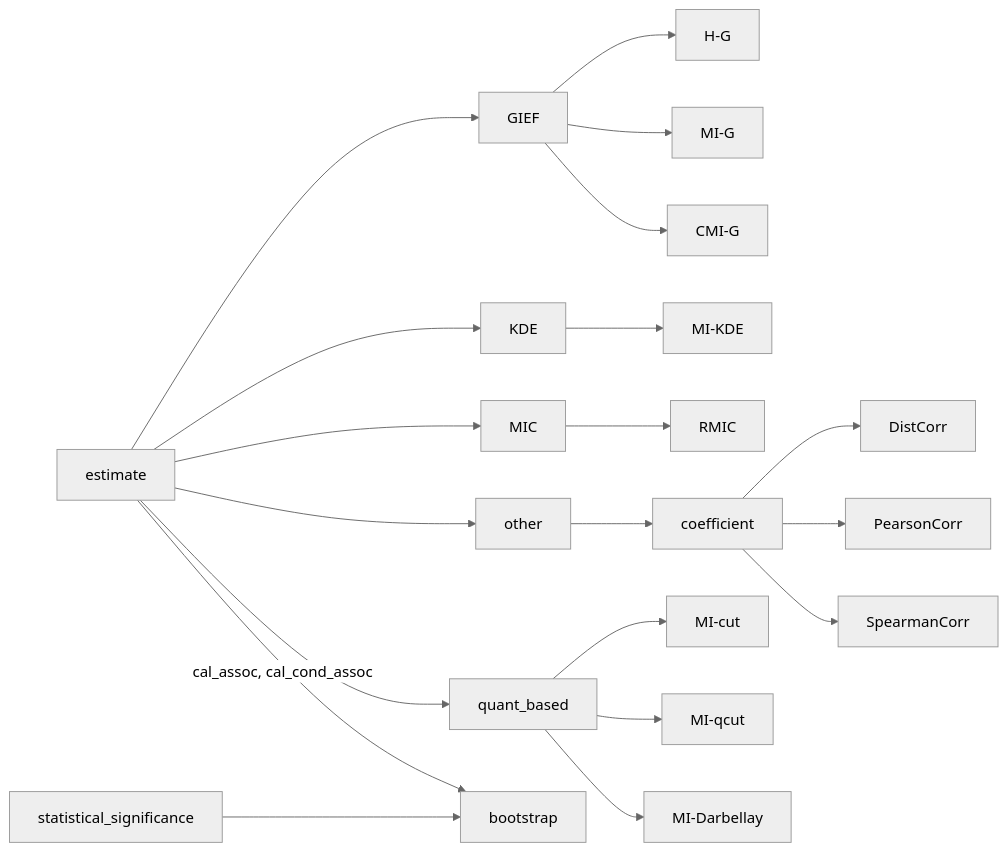
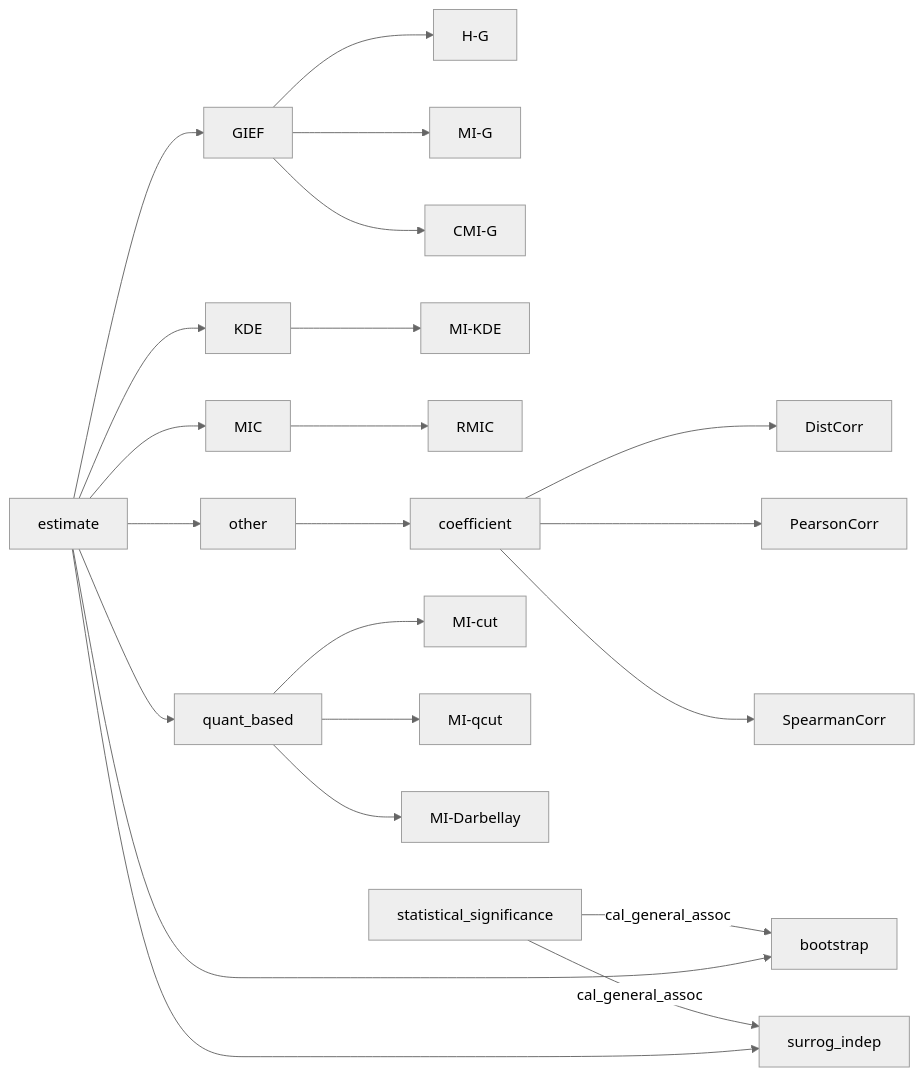
One commit to Ulti-Dreisteine/ToMerge-General-Information-Estimation-Framework changed the diagram in README.md. Above: the diagram before and after it, drawn with Mermaid (neutral theme).

Commit message:
update: 更新README

````diff
--- a/README.md
+++ b/README.md
@@ -35,12 +35,14 @@
 ```mermaid
 graph LR
 
 estimate --> GIEF --> H-G & MI-G & CMI-G
 estimate --> KDE --> MI-KDE
 estimate --> MIC --> RMIC
 estimate --> other --> coefficient --> DistCorr & PearsonCorr & SpearmanCorr
 estimate --> quant_based --> MI-cut & MI-qcut & MI-Darbellay
 
-statistical_significance --> bootstrap
-estimate --cal_assoc, cal_cond_assoc--> bootstrap
+statistical_significance --cal_general_assoc--> bootstrap
+statistical_significance --cal_general_assoc--> surrog_indep
+estimate ----> bootstrap
+estimate --> surrog_indep
 ```
````
